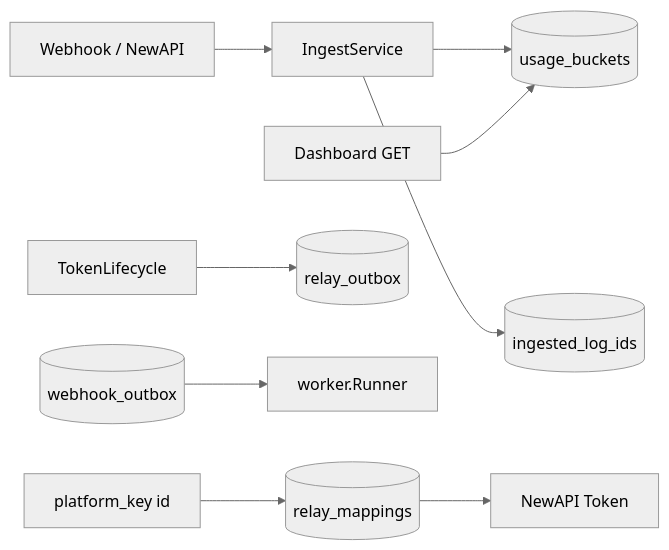
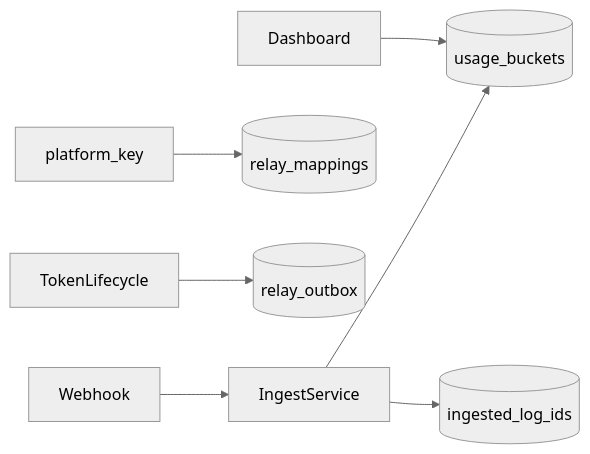
One commit to quyip8818/mytokenjoy changed the third of 5 diagrams in docs/Backend-存储架构.md. Above: the diagram before and after it, drawn with Mermaid (neutral theme). The commit also changed other lines of this file and 73 other files, not shown here.

````diff
--- a/docs/Backend-存储架构.md
+++ b/docs/Backend-存储架构.md
@@ -302,14 +538,9 @@
 ```mermaid
 flowchart LR
-  WH[Webhook / NewAPI] --> ING[IngestService]
+  WH[Webhook] --> ING[IngestService]
   ING --> UB[(usage_buckets)]
   ING --> IL[(ingested_log_ids)]
-
-  PK[platform_key id] --> RM[(relay_mappings)]
-  RM --> NA[NewAPI Token]
-
+  PK[platform_key] --> RM[(relay_mappings)]
   LC[TokenLifecycle] --> RO[(relay_outbox)]
-  WO[(webhook_outbox)] --> Retry[worker.Runner]
-
-  DASH[Dashboard GET] --> UB
+  DASH[Dashboard] --> UB
 ```
````
